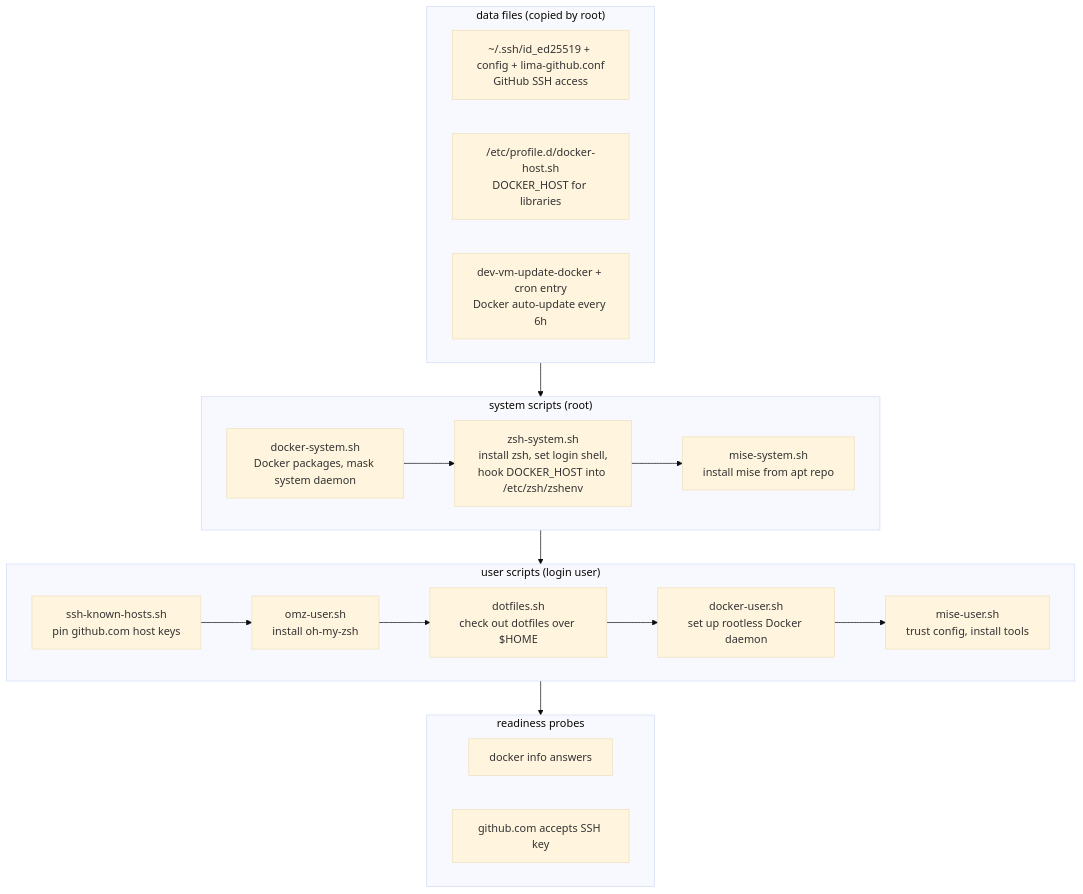
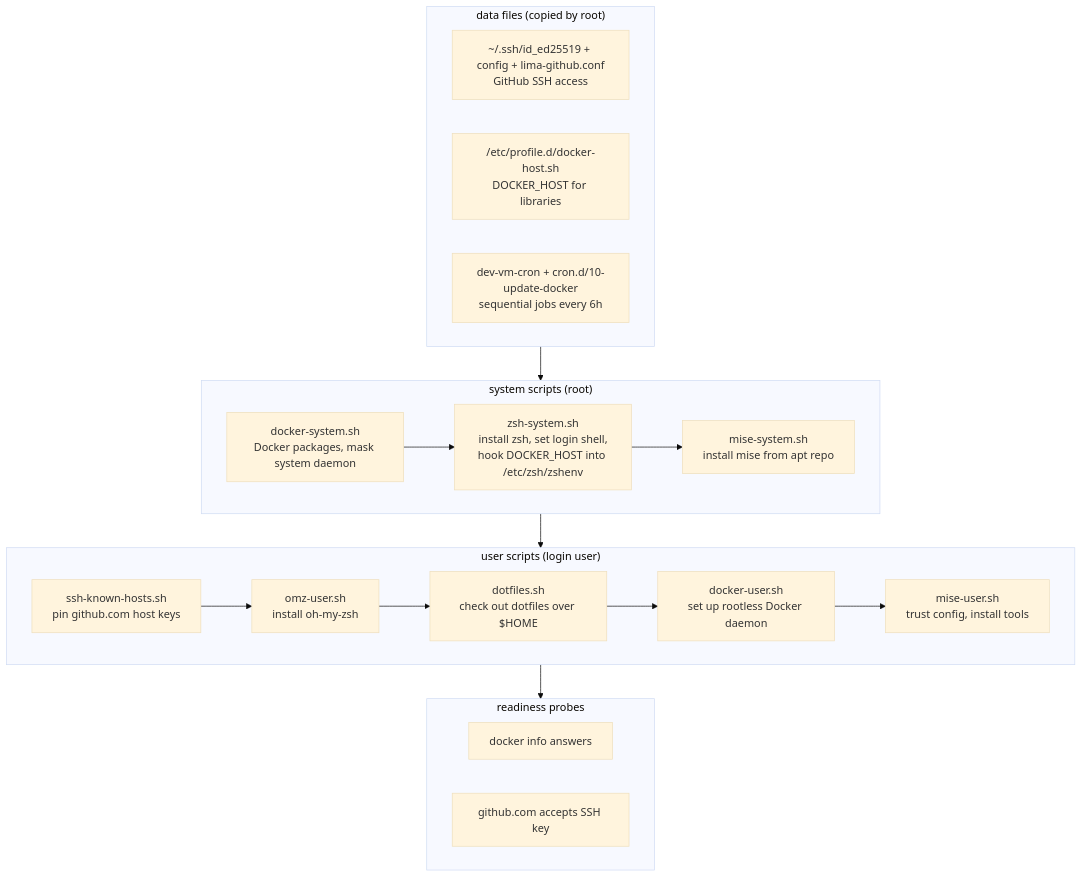
Before and after one commit to robsonpeixoto/dev-vm: the diagram in README.md, drawn with Mermaid (base theme). The commit also changed other lines of this file and 10 other files, not shown here.

First line of the commit message:
refactor: run the maintenance cron jobs through one sequential runner

````diff
--- a/README.md
+++ b/README.md
@@ -232,33 +236,33 @@
 ```mermaid
 flowchart TD
     subgraph data["data files (copied by root)"]
         d1["~/.ssh/id_ed25519 + config + lima-github.conf<br>GitHub SSH access"]
         d2["/etc/profile.d/docker-host.sh<br>DOCKER_HOST for libraries"]
-        d3["dev-vm-update-docker + cron entry<br>Docker auto-update every 6h"]
+        d3["dev-vm-cron + cron.d/10-update-docker<br>sequential jobs every 6h"]
     end
 
     subgraph system["system scripts (root)"]
         s1["docker-system.sh<br>Docker packages, mask system daemon"]
         s2["zsh-system.sh<br>install zsh, set login shell,<br>hook DOCKER_HOST into /etc/zsh/zshenv"]
         s3["mise-system.sh<br>install mise from apt repo"]
     end
 
     subgraph user["user scripts (login user)"]
         u1["ssh-known-hosts.sh<br>pin github.com host keys"]
         u2["omz-user.sh<br>install oh-my-zsh"]
         u3["dotfiles.sh<br>check out dotfiles over $HOME"]
         u4["docker-user.sh<br>set up rootless Docker daemon"]
         u5["mise-user.sh<br>trust config, install tools"]
     end
 
     subgraph probes["readiness probes"]
         p1["docker info answers"]
         p2["github.com accepts SSH key"]
     end
 
     data --> system
     s1 --> s2 --> s3
     system --> user
     u1 --> u2 --> u3 --> u4 --> u5
     user --> probes
 ```
````
